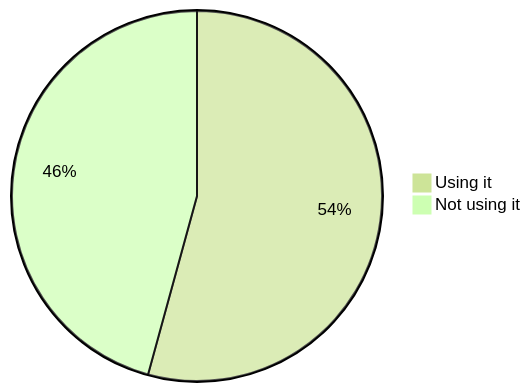
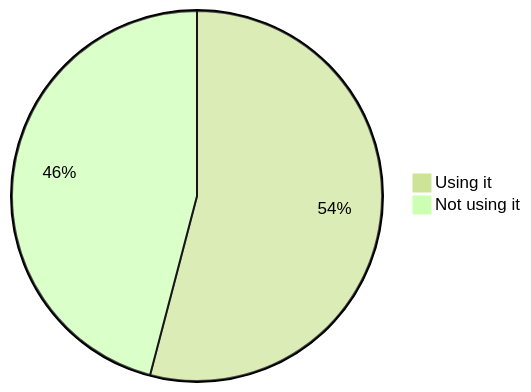
The second of 22 diagrams in stats.md (oshp/oshp-stats), drawn with Mermaid (forest theme) before and after one commit. The commit also changed other lines of this file, not shown here.

````diff
--- a/stats.md
+++ b/stats.md
@@ -22,6 +22,6 @@
 ```mermaid
 pie
-	"Using it" : 54.26
-	"Not using it" : 45.74
+	"Using it" : 54.08
+	"Not using it" : 45.92
 
 ```
````
